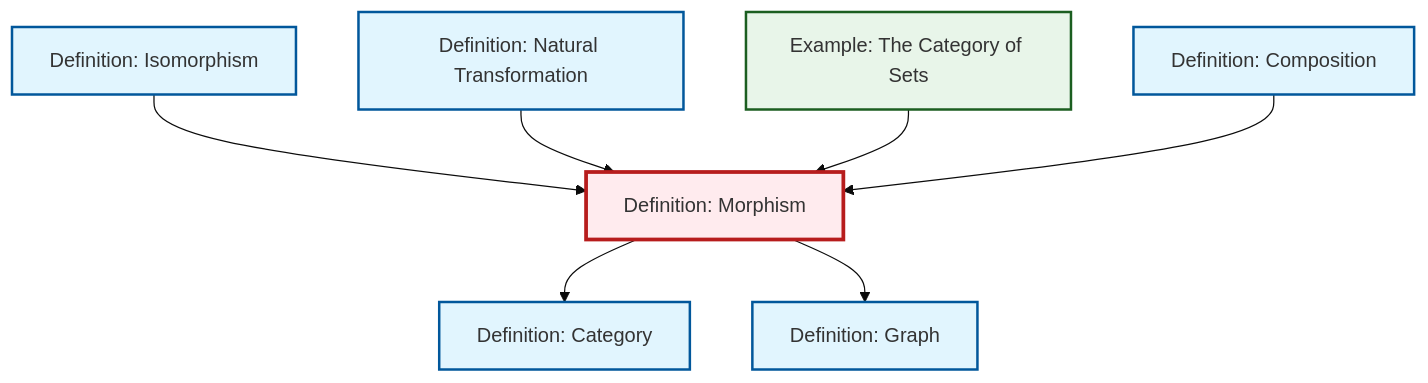
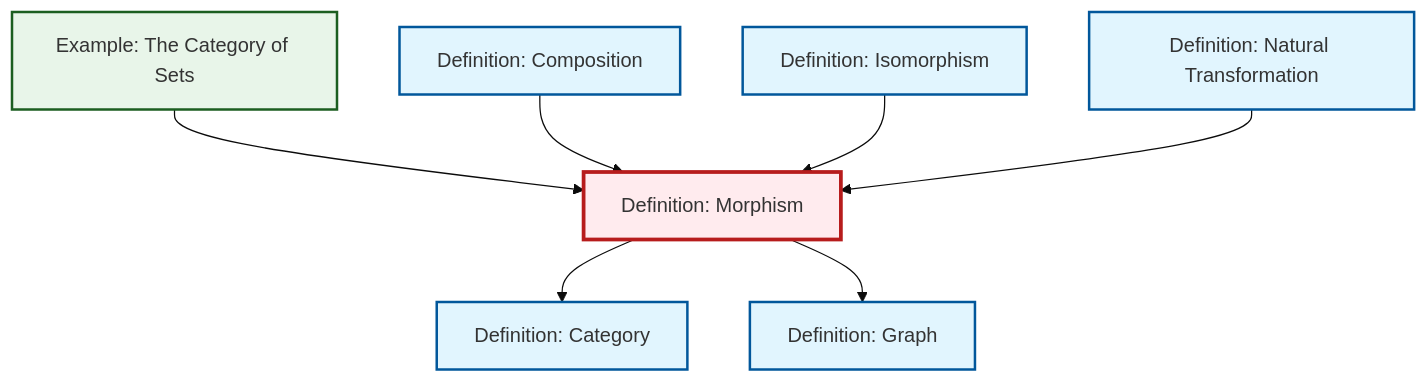
Before and after one commit to RK0429/ModernMath: the diagram in content/en/category-theory/def-morphism.qmd, drawn with Mermaid (base theme). The commit also changed other lines of this file and 474 other files, not shown here.

````diff
--- a/content/en/category-theory/def-morphism.qmd
+++ b/content/en/category-theory/def-morphism.qmd
@@ -56,29 +56,29 @@
 ```{mermaid}
 %%| fig-cap: "Local dependency graph"
 graph TD
     classDef definition fill:#e1f5fe,stroke:#01579b,stroke-width:2px
     classDef theorem fill:#f3e5f5,stroke:#4a148c,stroke-width:2px
     classDef axiom fill:#fff3e0,stroke:#e65100,stroke-width:2px
     classDef example fill:#e8f5e9,stroke:#1b5e20,stroke-width:2px
     classDef current fill:#ffebee,stroke:#b71c1c,stroke-width:3px
+    def-isomorphism["Definition: Isomorphism"]:::definition
+    def-natural-transformation["Definition: Natural Transformation"]:::definition
+    def-graph["Definition: Graph"]:::definition
+    def-category["Definition: Category"]:::definition
     def-morphism["Definition: Morphism"]:::definition
     ex-set-category["Example: The Category of Sets"]:::example
-    def-category["Definition: Category"]:::definition
-    def-graph["Definition: Graph"]:::definition
     def-composition["Definition: Composition"]:::definition
-    def-natural-transformation["Definition: Natural Transformation"]:::definition
-    def-isomorphism["Definition: Isomorphism"]:::definition
+    ex-set-category --> def-morphism
     def-morphism --> def-category
+    def-composition --> def-morphism
+    def-isomorphism --> def-morphism
     def-morphism --> def-graph
-    def-isomorphism --> def-morphism
     def-natural-transformation --> def-morphism
-    ex-set-category --> def-morphism
-    def-composition --> def-morphism
     class def-morphism current
+    click def-isomorphism "def-isomorphism.html" "Go to Isomorphism definition"
+    click def-natural-transformation "def-natural-transformation.html" "Go to Natural Transformation definition"
+    click def-graph "def-graph.html" "Go to Graph definition"
+    click def-category "def-category.html" "Go to Category definition"
     click ex-set-category "ex-set-category.html" "Go to The Category of Sets example"
-    click def-category "def-category.html" "Go to Category definition"
-    click def-graph "def-graph.html" "Go to Graph definition"
     click def-composition "def-composition.html" "Go to Composition definition"
-    click def-natural-transformation "def-natural-transformation.html" "Go to Natural Transformation definition"
-    click def-isomorphism "def-isomorphism.html" "Go to Isomorphism definition"
 ```
````
